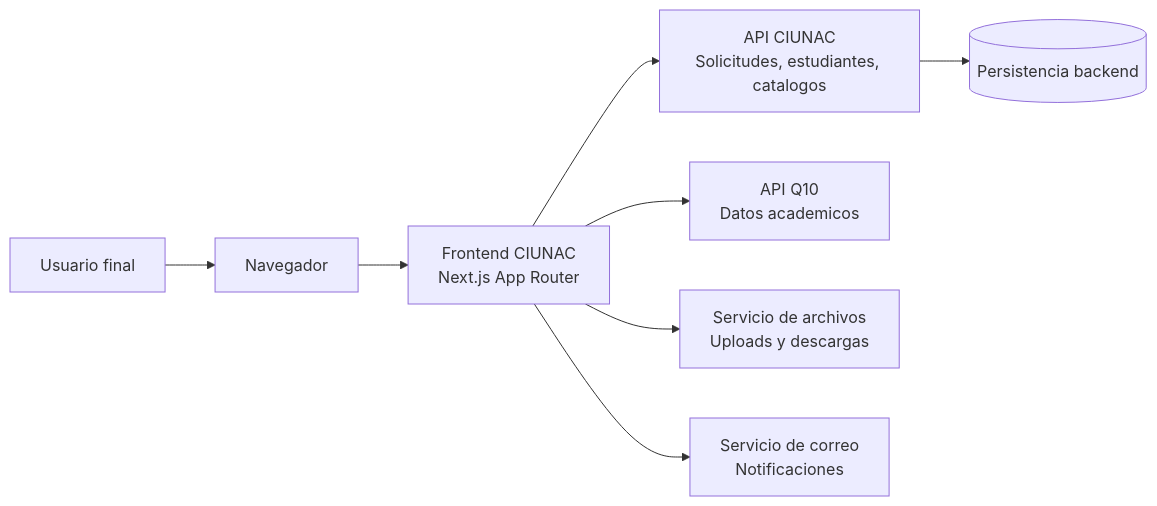
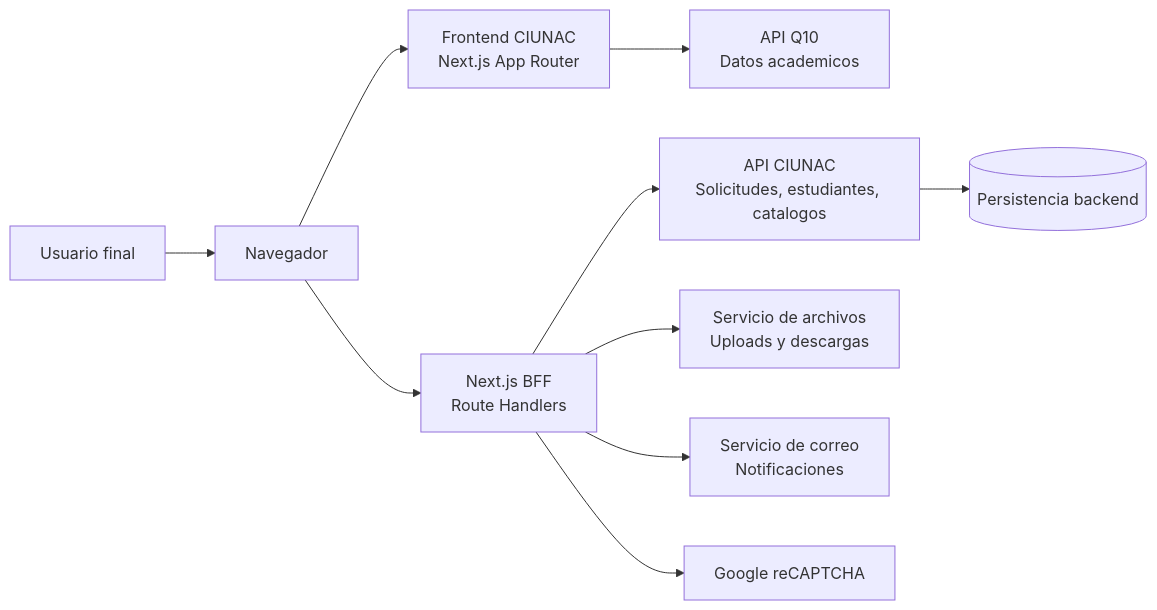
The first of 10 diagrams in docs/architecture/complete-architecture.md (luismiguelgs/ciunac-sol-1.3), drawn with Mermaid before and after one commit. The commit also changed other lines of this file and 88 other files, not shown here.

````diff
--- a/docs/architecture/complete-architecture.md
+++ b/docs/architecture/complete-architecture.md
@@ -20,10 +21,12 @@
 ```mermaid
 flowchart LR
     User["Usuario final"] --> Browser["Navegador"]
     Browser --> Frontend["Frontend CIUNAC\nNext.js App Router"]
-    Frontend --> Api["API CIUNAC\nSolicitudes, estudiantes, catalogos"]
+    Browser --> BFF["Next.js BFF\nRoute Handlers"]
+    BFF --> Api["API CIUNAC\nSolicitudes, estudiantes, catalogos"]
     Frontend --> Q10["API Q10\nDatos academicos"]
-    Frontend --> Storage["Servicio de archivos\nUploads y descargas"]
-    Frontend --> Mail["Servicio de correo\nNotificaciones"]
+    BFF --> Storage["Servicio de archivos\nUploads y descargas"]
+    BFF --> Mail["Servicio de correo\nNotificaciones"]
+    BFF --> Captcha["Google reCAPTCHA"]
     Api --> BackendDb[("Persistencia backend")]
 ```
````
